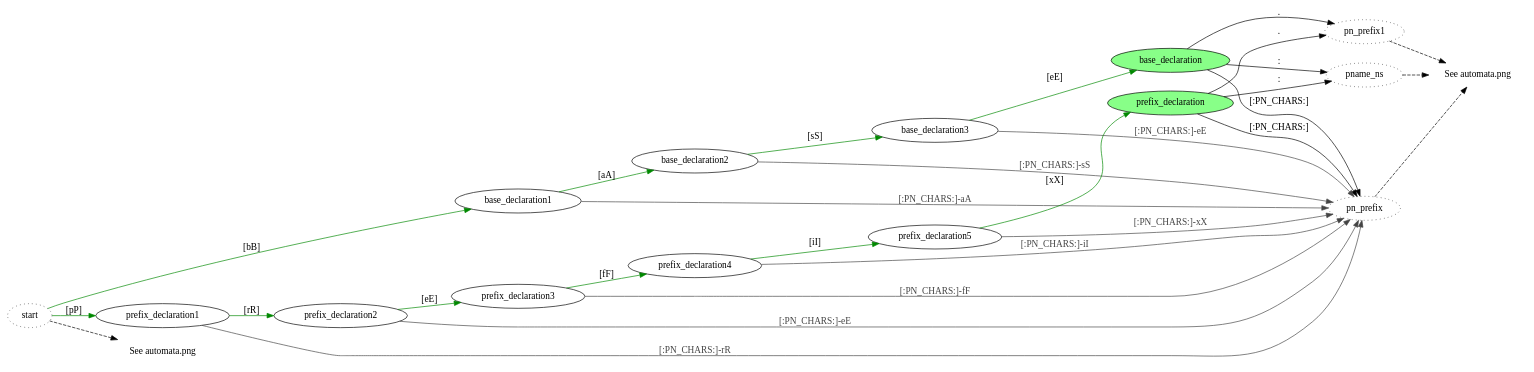
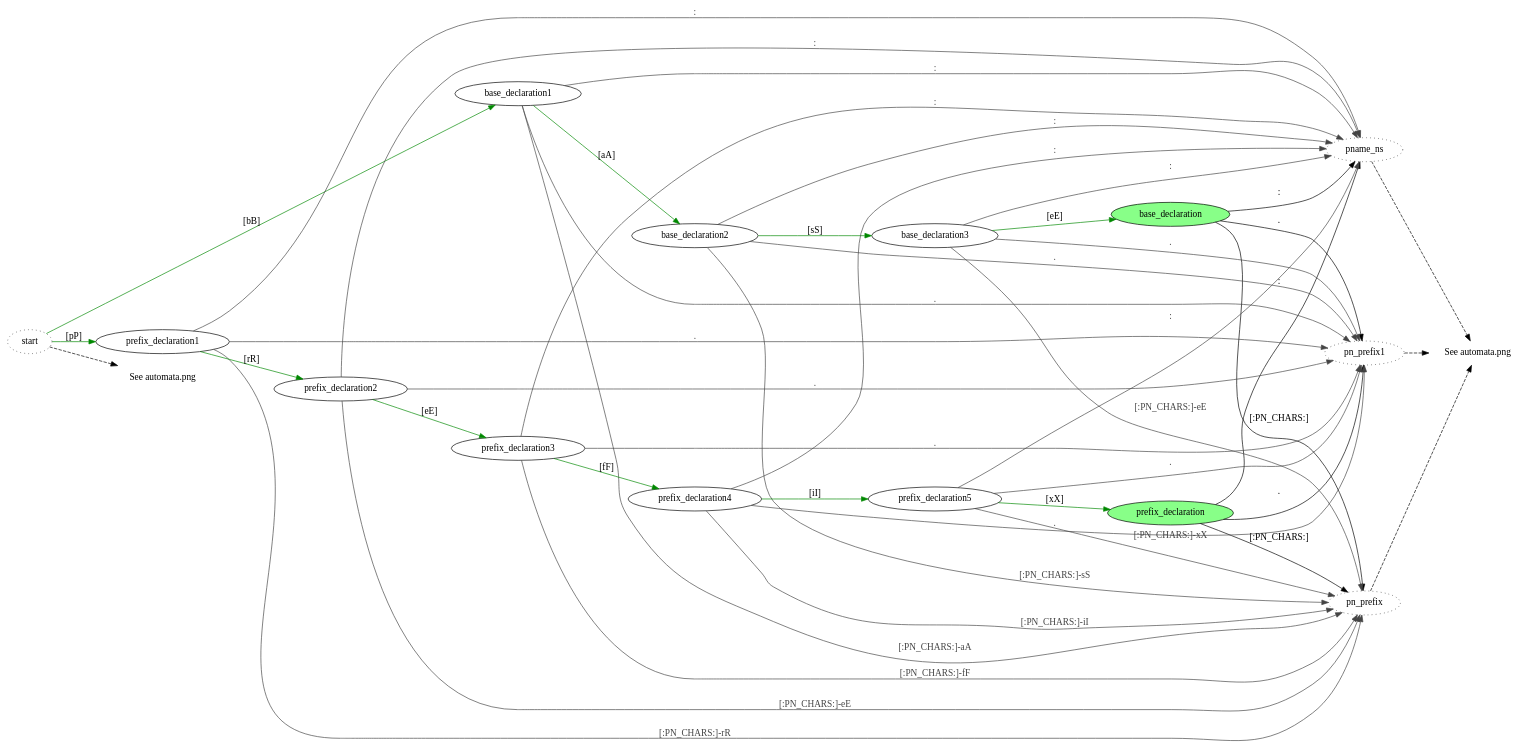
One commit to cnngimenez/SeA-turtle changed the diagram in design/bp_declaration.dot. Above: the diagram before and after it, drawn with Graphviz. The commit also changed 3 other files, not shown here.

```diff
--- a/design/bp_declaration.dot
+++ b/design/bp_declaration.dot
@@ -1,83 +1,92 @@
 // bp_declarations.dot
 
 // Copyright 2020 cnngimenez
 
 // Author: cnngimenez
 
 // This program is free software: you can redistribute it and/or modify
 // it under the terms of the GNU General Public License as published by
 // the Free Software Foundation, either version 3 of the License, or
 // (at your option) any later version.
 
 // This program is distributed in the hope that it will be useful,
 // but WITHOUT ANY WARRANTY; without even the implied warranty of
 // MERCHANTABILITY or FITNESS FOR A PARTICULAR PURPOSE.  See the
 // GNU General Public License for more details.
 
 // You should have received a copy of the GNU General Public License
 // along with this program.  If not, see <http://www.gnu.org/licenses/>.
 
 digraph bp_declarations {
         // rotate=90;
         rankdir=LR;
         node [];
 
         base_declaration [style=filled, fillcolor="#88ff88"];
 	prefix_declaration [style=filled, fillcolor="#88ff88"];	
         see_automata_png [shape=plaintext, label="See automata.png"];
         see_automata_png2 [shape=plaintext, label="See automata.png"];
 	start [style=dotted];
 	pname_ns [style=dotted];
 	pn_prefix1 [style=dotted];
 	pn_prefix [style=dotted];
 
         start -> base_declaration1 [label="[bB]", color="#008800"];
 	start -> see_automata_png2 [style=dashed];
 	  
         base_declaration1 -> base_declaration2 [label="[aA]", color="#008800"];
-        base_declaration1 -> pn_prefix [label="[:PN_CHARS:]-aA",
-          color="#444444", fontcolor="#444444"];
+        base_declaration1 -> pn_prefix [label="[:PN_CHARS:]-aA", color="#444444", fontcolor="#444444"];
+        base_declaration1 -> pn_prefix1 [label=".", color="#444444", fontcolor="#444444"];
+        base_declaration1 -> pname_ns [label=":", color="#444444", fontcolor="#444444"];
 	  
         base_declaration2 -> base_declaration3 [label="[sS]", color="#008800"];
-        base_declaration2 -> pn_prefix [label="[:PN_CHARS:]-sS"
-          color="#444444", fontcolor="#444444"];
+        base_declaration2 -> pn_prefix [label="[:PN_CHARS:]-sS", color="#444444", fontcolor="#444444"];
+	base_declaration2 -> pn_prefix1 [label=".", color="#444444", fontcolor="#444444"];
+        base_declaration2 -> pname_ns [label=":", color="#444444", fontcolor="#444444"];
+
 	  
         base_declaration3 -> base_declaration [label="[eE]", color="#008800"];
-        base_declaration3 -> pn_prefix [label="[:PN_CHARS:]-eE"
-          color="#444444", fontcolor="#444444"];
+        base_declaration3 -> pn_prefix [label="[:PN_CHARS:]-eE", color="#444444", fontcolor="#444444"];
+	base_declaration3 -> pn_prefix1 [label=".", color="#444444", fontcolor="#444444"];
+        base_declaration3 -> pname_ns [label=":", color="#444444", fontcolor="#444444"];
 
         base_declaration -> pn_prefix [label="[:PN_CHARS:]"];
 	base_declaration -> pn_prefix1 [label="."];
 	base_declaration -> pname_ns [label=":"];
 
         start -> prefix_declaration1 [label="[pP]", color="#008800"];
 	  
         prefix_declaration1 -> prefix_declaration2 [label="[rR]", color="#008800"];
-        prefix_declaration1 -> pn_prefix [label="[:PN_CHARS:]-rR",
-          color="#444444", fontcolor="#444444"];
+        prefix_declaration1 -> pn_prefix [label="[:PN_CHARS:]-rR", color="#444444", fontcolor="#444444"];
+	prefix_declaration1 -> pn_prefix1 [label=".", color="#444444", fontcolor="#444444"];
+        prefix_declaration1 -> pname_ns [label=":", color="#444444", fontcolor="#444444"];
 	  
         prefix_declaration2 -> prefix_declaration3 [label="[eE]", color="#008800"];
-        prefix_declaration2 -> pn_prefix [label="[:PN_CHARS:]-eE",
-          color="#444444", fontcolor="#444444"];
-	  
+        prefix_declaration2 -> pn_prefix [label="[:PN_CHARS:]-eE", color="#444444", fontcolor="#444444"];
+	prefix_declaration2 -> pn_prefix1 [label=".", color="#444444", fontcolor="#444444"];
+        prefix_declaration2 -> pname_ns [label=":", color="#444444", fontcolor="#444444"];
+	
         prefix_declaration3 -> prefix_declaration4 [label="[fF]", color="#008800"];
-        prefix_declaration3 -> pn_prefix [label="[:PN_CHARS:]-fF",
-          color="#444444", fontcolor="#444444"];
+        prefix_declaration3 -> pn_prefix [label="[:PN_CHARS:]-fF", color="#444444", fontcolor="#444444"];
+	prefix_declaration3 -> pn_prefix1 [label=".", color="#444444", fontcolor="#444444"];
+	prefix_declaration3 -> pname_ns [label=":", color="#444444", fontcolor="#444444"];
 
         prefix_declaration4 -> prefix_declaration5 [label="[iI]", color="#008800"];
-        prefix_declaration4 -> pn_prefix [label="[:PN_CHARS:]-iI",
-          color="#444444", fontcolor="#444444"];
+        prefix_declaration4 -> pn_prefix [label="[:PN_CHARS:]-iI", color="#444444", fontcolor="#444444"];
+	prefix_declaration4 -> pn_prefix1 [label=".", color="#444444", fontcolor="#444444"];
+	prefix_declaration4 -> pname_ns [label=":", color="#444444", fontcolor="#444444"];
 	  
         prefix_declaration5 -> prefix_declaration [label="[xX]", color="#008800"];
-	prefix_declaration5 -> pn_prefix [label="[:PN_CHARS:]-xX",
-          color="#444444", fontcolor="#444444"];
+	prefix_declaration5 -> pn_prefix [label="[:PN_CHARS:]-xX", color="#444444", fontcolor="#444444"];
+	prefix_declaration5 -> pn_prefix1 [label=".", color="#444444", fontcolor="#444444"];
+        prefix_declaration5 -> pname_ns [label=":", color="#444444", fontcolor="#444444"];
 	
 	prefix_declaration -> pn_prefix [label="[:PN_CHARS:]"];
 	prefix_declaration -> pn_prefix1 [label="."];
 	prefix_declaration -> pname_ns [label=":"];
 
 
         pn_prefix -> see_automata_png [style=dashed];
 	pn_prefix1 -> see_automata_png [style=dashed];
 	pname_ns -> see_automata_png [style=dashed];
 }
```
